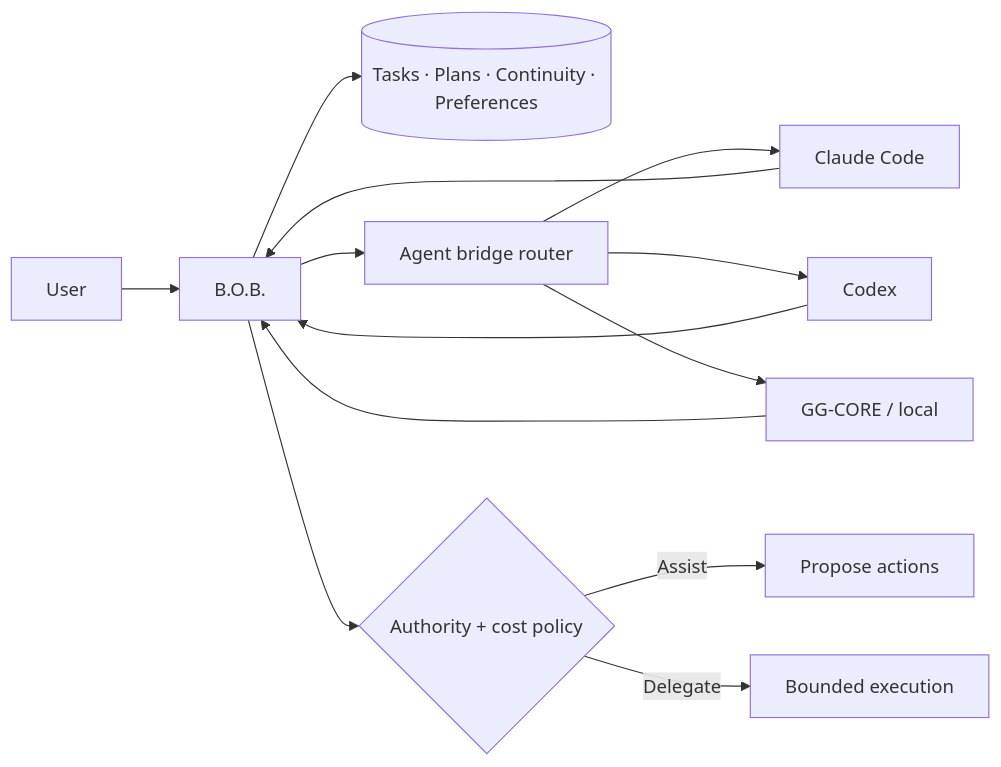
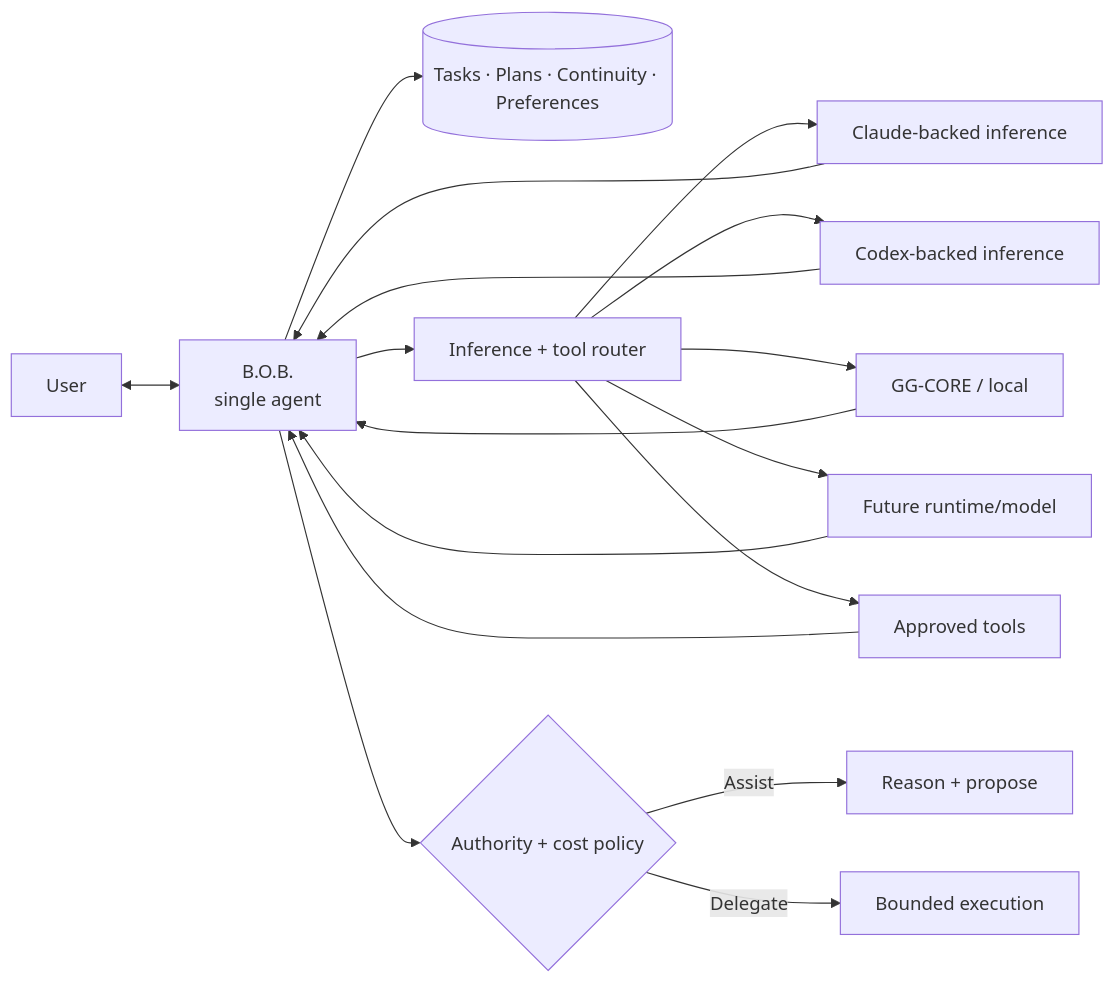
Before and after one commit to Knapp-Kevin/B.O.B.: the second of 2 diagrams in docs/README.md, drawn with Mermaid. The commit also changed other lines of this file, not shown here.

Commit message:
Align documentation index with B.O.B. agent model

````diff
--- a/docs/README.md
+++ b/docs/README.md
@@ -67,17 +67,22 @@
 ```mermaid
 flowchart LR
-    USER[User] --> BOB[B.O.B.]
+    USER[User] <--> BOB[B.O.B.<br/>single agent]
     BOB --> WORK[(Tasks · Plans · Continuity · Preferences)]
-    BOB --> ROUTER[Agent bridge router]
-    ROUTER --> CLAUDE[Claude Code]
-    ROUTER --> CODEX[Codex]
+    BOB --> ROUTER[Inference + tool router]
+
+    ROUTER --> CLAUDE[Claude-backed inference]
+    ROUTER --> CODEX[Codex-backed inference]
     ROUTER --> LOCAL[GG-CORE / local]
+    ROUTER --> FUTURE[Future runtime/model]
+    ROUTER --> TOOLS[Approved tools]
 
     CLAUDE --> BOB
     CODEX --> BOB
     LOCAL --> BOB
+    FUTURE --> BOB
+    TOOLS --> BOB
 
     BOB --> POLICY{Authority + cost policy}
-    POLICY -->|Assist| PROPOSE[Propose actions]
+    POLICY -->|Assist| PROPOSE[Reason + propose]
     POLICY -->|Delegate| BOUNDED[Bounded execution]
 ```
````
